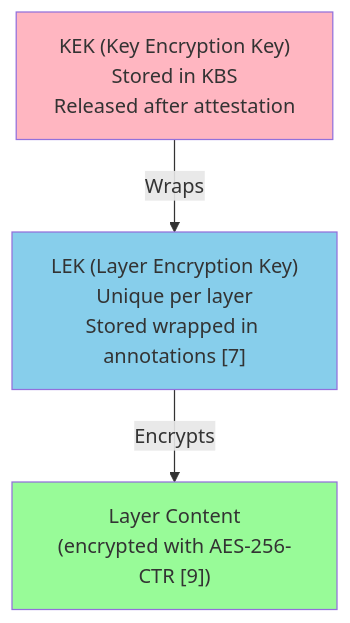
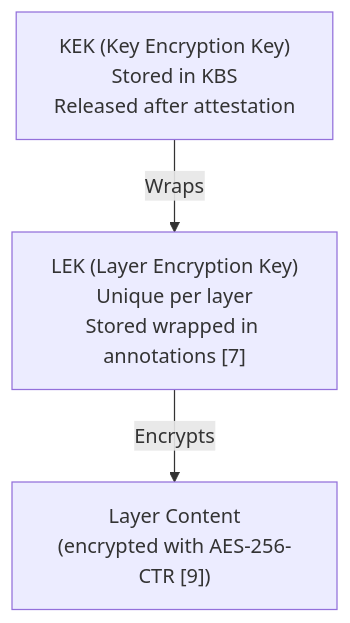
The fourth of 15 diagrams in PROPOSAL.md (scontain/encrypted_container_images), drawn with Mermaid before and after one commit. The commit also changed other lines of this file, not shown here.

````diff
--- a/PROPOSAL.md
+++ b/PROPOSAL.md
@@ -212,13 +207,9 @@
 ```mermaid
 flowchart TB
     KEK["KEK (Key Encryption Key)<br/>Stored in KBS<br/>Released after attestation"]
     LEK["LEK (Layer Encryption Key)<br/>Unique per layer<br/>Stored wrapped in annotations [7]"]
     LC["Layer Content<br/>(encrypted with AES-256-CTR [9])"]
     
     KEK -->|"Wraps"| LEK
     LEK -->|"Encrypts"| LC
-    
-    style KEK fill:#FFB6C1
-    style LEK fill:#87CEEB
-    style LC fill:#98FB98
 ```
````
